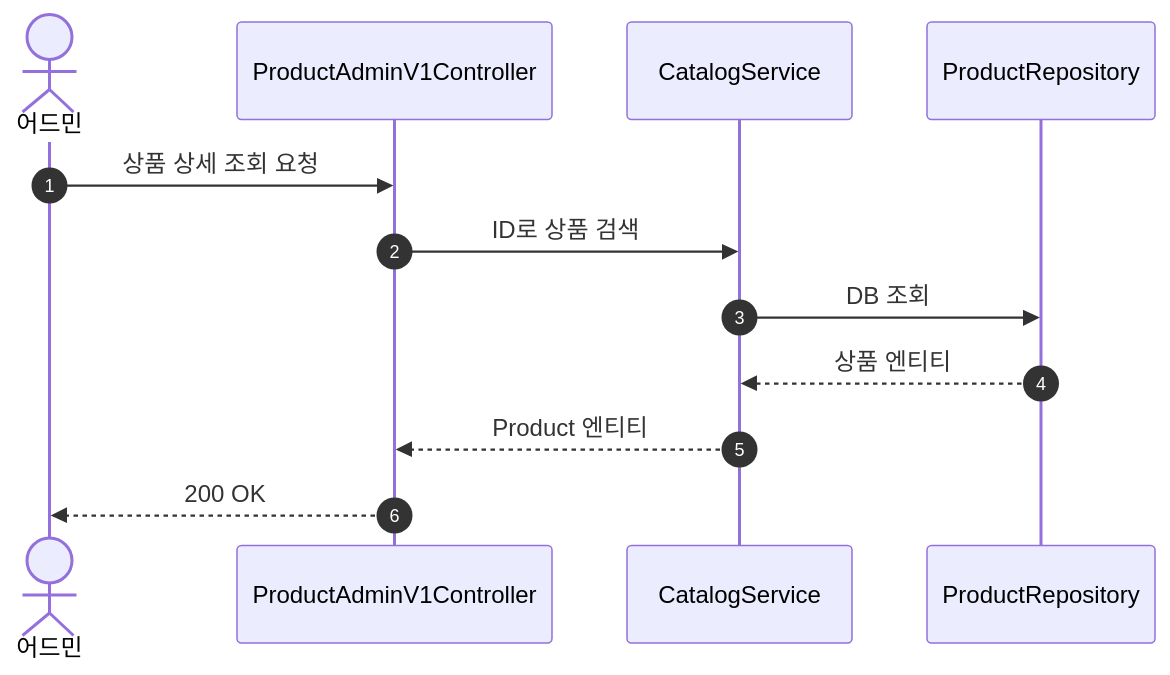
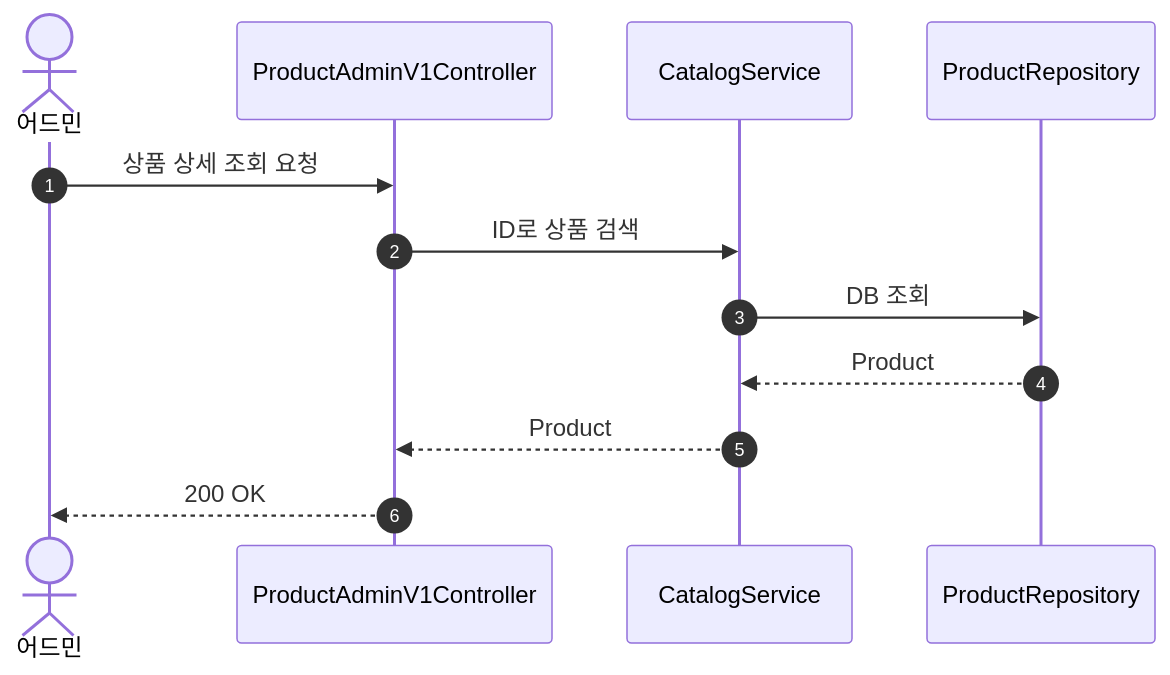
Before and after one commit to Loopers-dev-lab/loop-pack-be-l2-vol3-kotlin: diagram 11 of 26 in docs/design/02-sequence-diagrams.md, drawn with Mermaid. The commit also changed other lines of this file and 6 other files, not shown here.

````diff
--- a/docs/design/02-sequence-diagrams.md
+++ b/docs/design/02-sequence-diagrams.md
@@ -289,14 +289,14 @@
 ```mermaid
 sequenceDiagram
     autonumber
     actor Admin as 어드민
     participant C as ProductAdminV1Controller
     participant S as CatalogService
     participant R as ProductRepository
     Admin ->> C: 상품 상세 조회 요청
     C ->> S: ID로 상품 검색
     S ->> R: DB 조회
-    R -->> S: 상품 엔티티
-    S -->> C: Product 엔티티
+    R -->> S: Product
+    S -->> C: Product
     C -->> Admin: 200 OK
 ```
````
